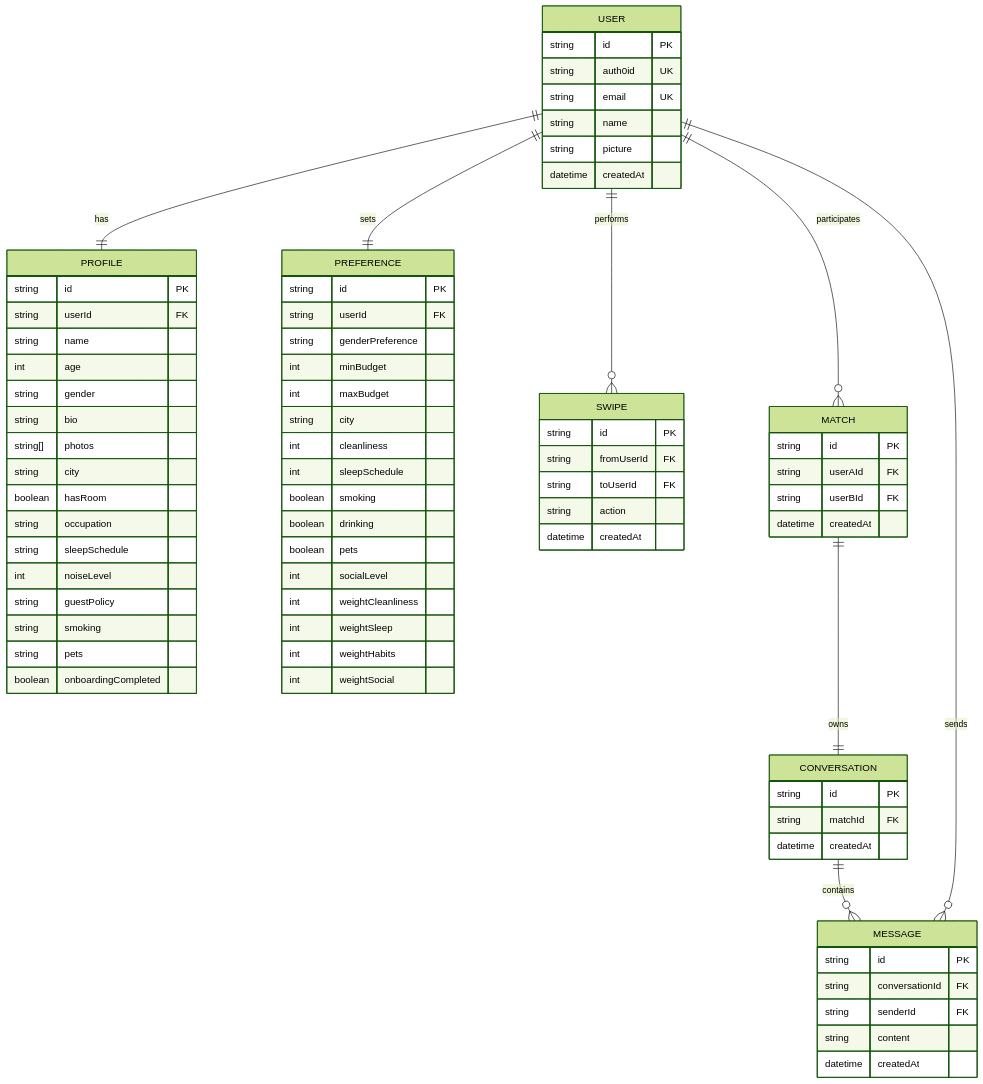
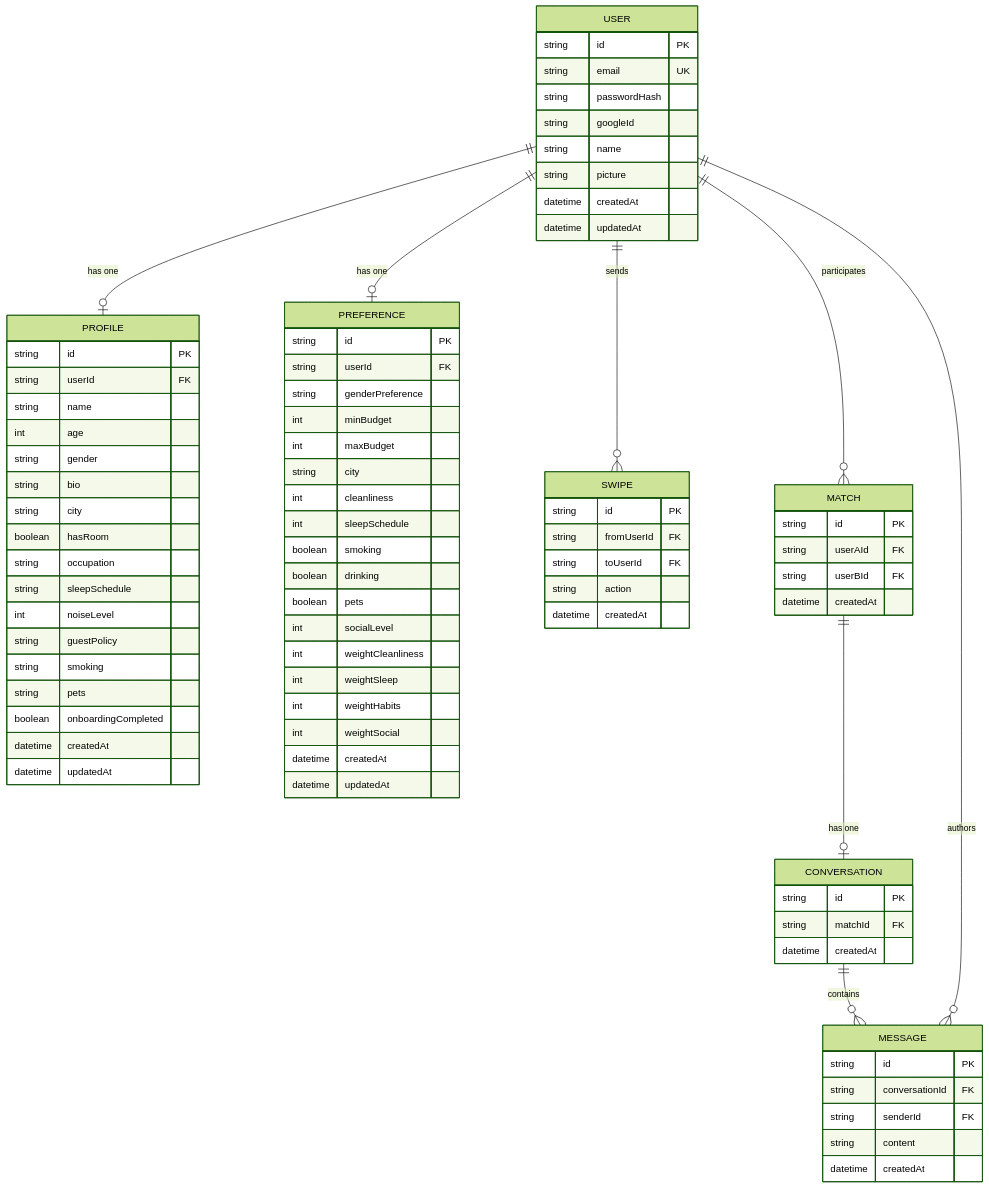
Before and after one commit to HardikGenOne/Flately: the third of 5 diagrams in docs/UML_DIAGRAMS.md, drawn with Mermaid (forest theme). The commit also changed other lines of this file and 32 other files, not shown here.

````diff
--- a/docs/UML_DIAGRAMS.md
+++ b/docs/UML_DIAGRAMS.md
@@ -191,20 +328,14 @@
 ```mermaid
 erDiagram
-    USER ||--|| PROFILE : "has"
-    USER ||--|| PREFERENCE : "sets"
-    USER ||--o{ SWIPE : "performs"
-    USER ||--o{ MATCH : "participates"
-    MATCH ||--|| CONVERSATION : "owns"
-    CONVERSATION ||--o{ MESSAGE : "contains"
-    USER ||--o{ MESSAGE : "sends"
-
     USER {
         string id PK
-        string auth0id UK
         string email UK
+        string passwordHash
+        string googleId
         string name
         string picture
         datetime createdAt
+        datetime updatedAt
     }
 
     PROFILE {
@@ -214,7 +345,6 @@
         int age
         string gender
         string bio
-        string[] photos
         string city
         boolean hasRoom
         string occupation
@@ -224,6 +354,8 @@
         string smoking
         string pets
         boolean onboardingCompleted
+        datetime createdAt
+        datetime updatedAt
     }
 
     PREFERENCE {
@@ -243,6 +375,8 @@
         int weightSleep
         int weightHabits
         int weightSocial
+        datetime createdAt
+        datetime updatedAt
     }
 
     SWIPE {
@@ -273,4 +407,12 @@
         string content
         datetime createdAt
     }
+
+    USER ||--o| PROFILE : "has one"
+    USER ||--o| PREFERENCE : "has one"
+    USER ||--o{ SWIPE : "sends"
+    USER ||--o{ MATCH : "participates"
+    MATCH ||--o| CONVERSATION : "has one"
+    CONVERSATION ||--o{ MESSAGE : "contains"
+    USER ||--o{ MESSAGE : "authors"
 ```
````
